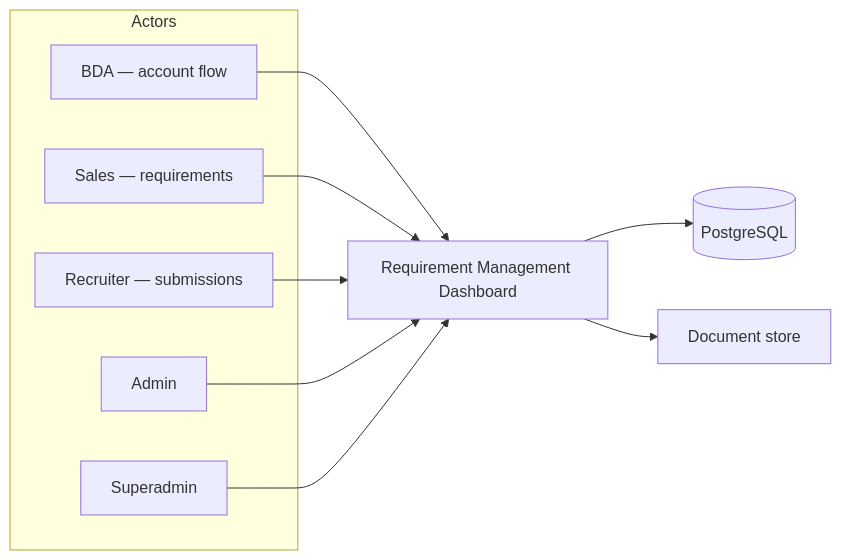
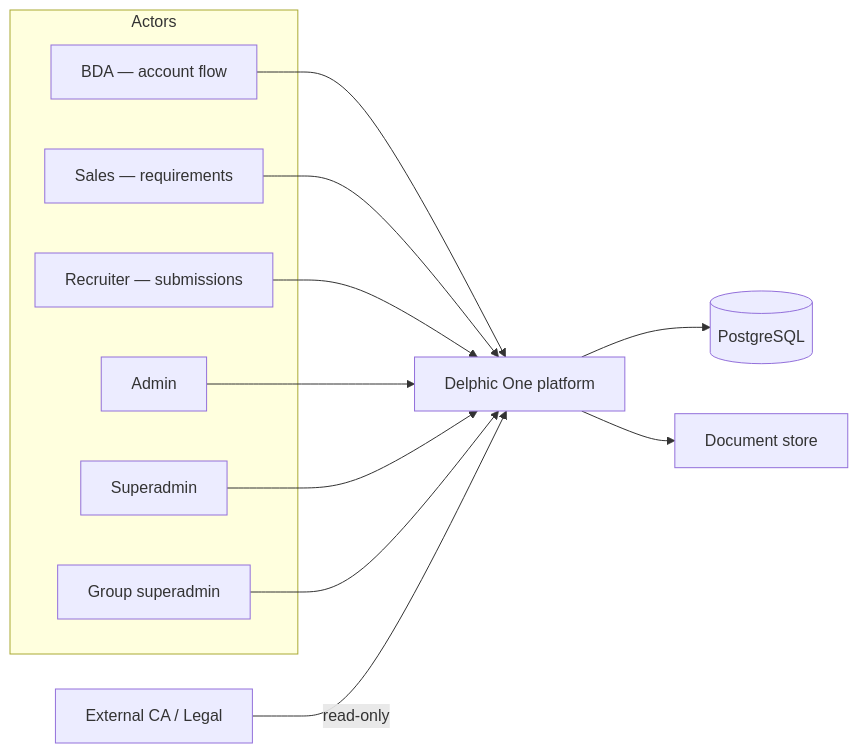
The first of 12 diagrams in docs/architecture/ARCHITECTURE-OVERVIEW.md (radheshDelphic12/delphic-one-new), drawn with Mermaid before and after one commit. The commit also changed other lines of this file, not shown here.

Commit message:
docs: update README and architecture diagrams for multi-company platform

````diff
--- a/docs/architecture/ARCHITECTURE-OVERVIEW.md
+++ b/docs/architecture/ARCHITECTURE-OVERVIEW.md
@@ -45,21 +47,25 @@
 ```mermaid
 flowchart LR
   subgraph Actors
     BDA[BDA — account flow]
     Sales[Sales — requirements]
     Rec[Recruiter — submissions]
     Admin[Admin]
     Super[Superadmin]
+    GSA[Group superadmin]
   end
 
-  RMD[Requirement Management Dashboard]
+  Ext[External CA / Legal]
+  RMD[Delphic One platform]
 
   BDA --> RMD
   Sales --> RMD
   Rec --> RMD
   Admin --> RMD
   Super --> RMD
+  GSA --> RMD
+  Ext -->|read-only| RMD
 
   RMD --> PG[(PostgreSQL)]
   RMD --> Files[Document store]
 ```
````
